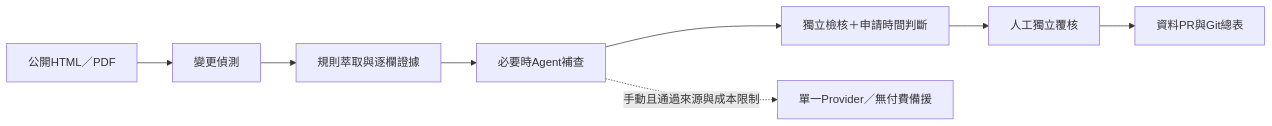
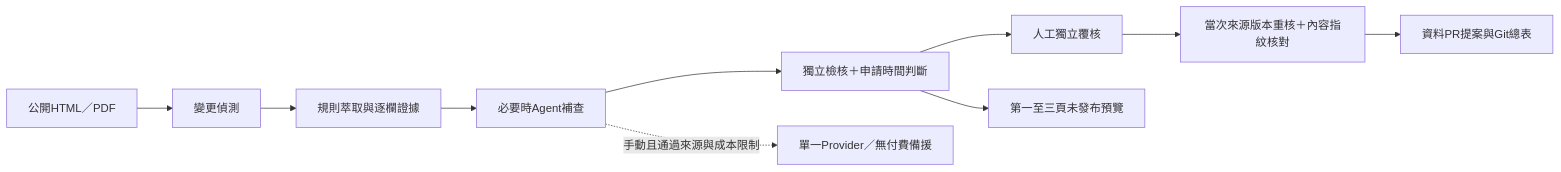
The first of 2 diagrams in README.md (matt-ye/opengsa), drawn with Mermaid before and after one commit. The commit also changed other lines of this file and 18 other files, not shown here.

````diff
--- a/README.md
+++ b/README.md
@@ -52,10 +54,12 @@
 ```mermaid
 flowchart LR
  A[公開HTML／PDF] --> B[變更偵測]
  B --> C[規則萃取與逐欄證據]
  C --> D[必要時Agent補查]
  D --> E[獨立檢核＋申請時間判斷]
  E --> F[人工獨立覆核]
- F --> G[資料PR與Git總表]
+ F --> R[當次來源版本重核＋內容指紋核對]
+ R --> G[資料PR提案與Git總表]
+ E --> P[第一至三頁未發布預覽]
  D -.手動且通過來源與成本限制.-> M[單一Provider／無付費備援]
 ```
````
